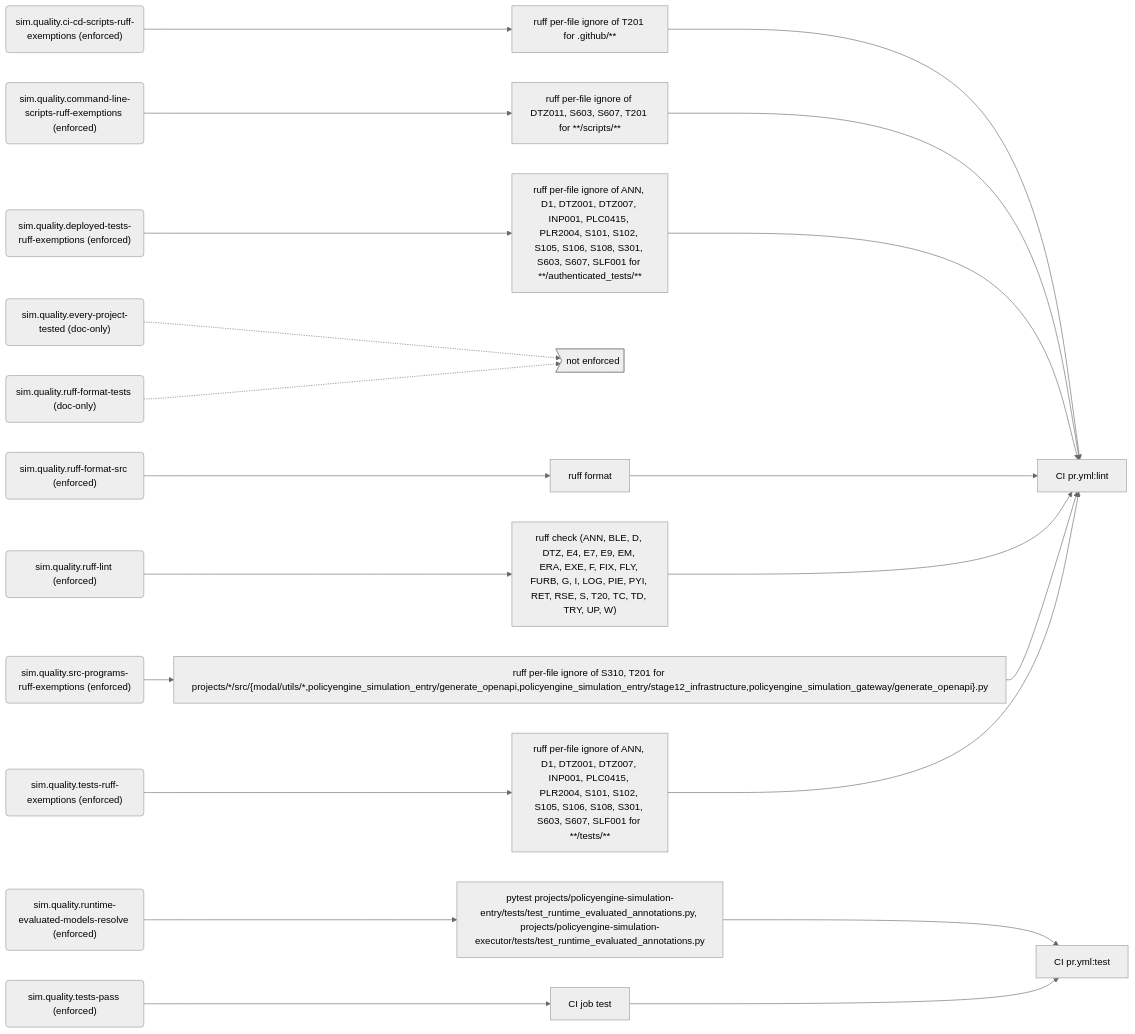
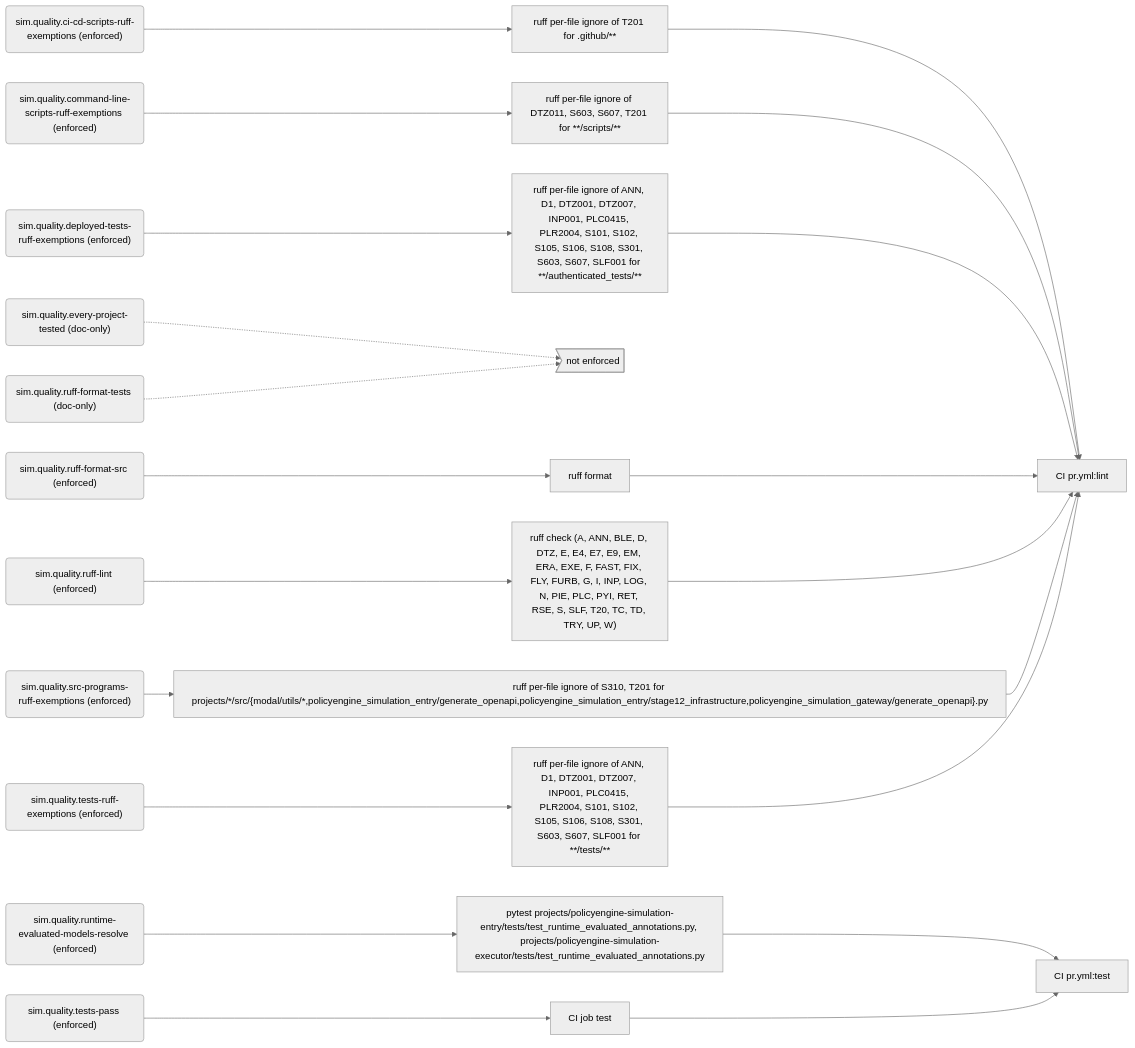
The sixth of 8 diagrams in docs/generated/rules.md (PolicyEngine/policyengine-sim-api), drawn with Mermaid (neutral theme) before and after one commit. The commit also changed other lines of this file and 3 other files, not shown here.

First line of the commit message:
Register group 7 in the ruff-lint rule

````diff
--- a/docs/generated/rules.md
+++ b/docs/generated/rules.md
@@ -261,46 +261,46 @@
 ```mermaid
 flowchart LR
   r_sim_quality_ci_cd_scripts_ruff_exemptions("sim.quality.ci-cd-scripts-ruff-exemptions (enforced)")
   e_ruff_per_file_ignore_of_T201_for__github___["ruff per-file ignore of T201 for .github/**"]
   j_CI_pr_yml_lint["CI pr.yml:lint"]
   r_sim_quality_command_line_scripts_ruff_exemptions("sim.quality.command-line-scripts-ruff-exemptions (enforced)")
   e_ruff_per_file_ignore_of_DTZ011__S603__S607__T201_for____scripts___["ruff per-file ignore of DTZ011, S603, S607, T201 for **/scripts/**"]
   r_sim_quality_deployed_tests_ruff_exemptions("sim.quality.deployed-tests-ruff-exemptions (enforced)")
   e_ruff_per_file_ignore_of_ANN__D1__DTZ001__DTZ007__INP001__PLC0415__PLR2004__S101__S102__S105__S106__S108__S301__S603__S607__SLF001_for____authenticated_tests___["ruff per-file ignore of ANN, D1, DTZ001, DTZ007, INP001, PLC0415, PLR2004, S101, S102, S105, S106, S108, S301, S603, S607, SLF001 for **/authenticated_tests/**"]
   r_sim_quality_every_project_tested("sim.quality.every-project-tested (doc-only)")
   gap_unenforced>"not enforced"]
   r_sim_quality_ruff_format_src("sim.quality.ruff-format-src (enforced)")
   e_ruff_format["ruff format"]
   r_sim_quality_ruff_format_tests("sim.quality.ruff-format-tests (doc-only)")
   r_sim_quality_ruff_lint("sim.quality.ruff-lint (enforced)")
-  e_ruff_check__ANN__BLE__D__DTZ__E4__E7__E9__EM__ERA__EXE__F__FIX__FLY__FURB__G__I__LOG__PIE__PYI__RET__RSE__S__T20__TC__TD__TRY__UP__W_["ruff check (ANN, BLE, D, DTZ, E4, E7, E9, EM, ERA, EXE, F, FIX, FLY, FURB, G, I, LOG, PIE, PYI, RET, RSE, S, T20, TC, TD, TRY, UP, W)"]
+  e_ruff_check__A__ANN__BLE__D__DTZ__E__E4__E7__E9__EM__ERA__EXE__F__FAST__FIX__FLY__FURB__G__I__INP__LOG__N__PIE__PLC__PYI__RET__RSE__S__SLF__T20__TC__TD__TRY__UP__W_["ruff check (A, ANN, BLE, D, DTZ, E, E4, E7, E9, EM, ERA, EXE, F, FAST, FIX, FLY, FURB, G, I, INP, LOG, N, PIE, PLC, PYI, RET, RSE, S, SLF, T20, TC, TD, TRY, UP, W)"]
   r_sim_quality_runtime_evaluated_models_resolve("sim.quality.runtime-evaluated-models-resolve (enforced)")
   e_pytest_projects_policyengine_simulation_entry_tests_test_runtime_evaluated_annotations_py__projects_policyengine_simulation_executor_tests_test_runtime_evaluated_annotations_py["pytest projects/policyengine-simulation-entry/tests/test_runtime_evaluated_annotations.py, projects/policyengine-simulation-executor/tests/test_runtime_evaluated_annotations.py"]
   j_CI_pr_yml_test["CI pr.yml:test"]
   r_sim_quality_src_programs_ruff_exemptions("sim.quality.src-programs-ruff-exemptions (enforced)")
   e_ruff_per_file_ignore_of_S310__T201_for_projects___src__modal_utils___policyengine_simulation_entry_generate_openapi_policyengine_simulation_entry_stage12_infrastructure_policyengine_simulation_gateway_generate_openapi__py["ruff per-file ignore of S310, T201 for projects/*/src/{modal/utils/*,policyengine_simulation_entry/generate_openapi,policyengine_simulation_entry/stage12_infrastructure,policyengine_simulation_gateway/generate_openapi}.py"]
   r_sim_quality_tests_pass("sim.quality.tests-pass (enforced)")
   e_CI_job_test["CI job test"]
   r_sim_quality_tests_ruff_exemptions("sim.quality.tests-ruff-exemptions (enforced)")
   e_ruff_per_file_ignore_of_ANN__D1__DTZ001__DTZ007__INP001__PLC0415__PLR2004__S101__S102__S105__S106__S108__S301__S603__S607__SLF001_for____tests___["ruff per-file ignore of ANN, D1, DTZ001, DTZ007, INP001, PLC0415, PLR2004, S101, S102, S105, S106, S108, S301, S603, S607, SLF001 for **/tests/**"]
   r_sim_quality_ci_cd_scripts_ruff_exemptions --> e_ruff_per_file_ignore_of_T201_for__github___
   e_ruff_per_file_ignore_of_T201_for__github___ --> j_CI_pr_yml_lint
   r_sim_quality_command_line_scripts_ruff_exemptions --> e_ruff_per_file_ignore_of_DTZ011__S603__S607__T201_for____scripts___
   e_ruff_per_file_ignore_of_DTZ011__S603__S607__T201_for____scripts___ --> j_CI_pr_yml_lint
   r_sim_quality_deployed_tests_ruff_exemptions --> e_ruff_per_file_ignore_of_ANN__D1__DTZ001__DTZ007__INP001__PLC0415__PLR2004__S101__S102__S105__S106__S108__S301__S603__S607__SLF001_for____authenticated_tests___
   e_ruff_per_file_ignore_of_ANN__D1__DTZ001__DTZ007__INP001__PLC0415__PLR2004__S101__S102__S105__S106__S108__S301__S603__S607__SLF001_for____authenticated_tests___ --> j_CI_pr_yml_lint
   r_sim_quality_every_project_tested -.-> gap_unenforced
   r_sim_quality_ruff_format_src --> e_ruff_format
   e_ruff_format --> j_CI_pr_yml_lint
   r_sim_quality_ruff_format_tests -.-> gap_unenforced
-  r_sim_quality_ruff_lint --> e_ruff_check__ANN__BLE__D__DTZ__E4__E7__E9__EM__ERA__EXE__F__FIX__FLY__FURB__G__I__LOG__PIE__PYI__RET__RSE__S__T20__TC__TD__TRY__UP__W_
-  e_ruff_check__ANN__BLE__D__DTZ__E4__E7__E9__EM__ERA__EXE__F__FIX__FLY__FURB__G__I__LOG__PIE__PYI__RET__RSE__S__T20__TC__TD__TRY__UP__W_ --> j_CI_pr_yml_lint
+  r_sim_quality_ruff_lint --> e_ruff_check__A__ANN__BLE__D__DTZ__E__E4__E7__E9__EM__ERA__EXE__F__FAST__FIX__FLY__FURB__G__I__INP__LOG__N__PIE__PLC__PYI__RET__RSE__S__SLF__T20__TC__TD__TRY__UP__W_
+  e_ruff_check__A__ANN__BLE__D__DTZ__E__E4__E7__E9__EM__ERA__EXE__F__FAST__FIX__FLY__FURB__G__I__INP__LOG__N__PIE__PLC__PYI__RET__RSE__S__SLF__T20__TC__TD__TRY__UP__W_ --> j_CI_pr_yml_lint
   r_sim_quality_runtime_evaluated_models_resolve --> e_pytest_projects_policyengine_simulation_entry_tests_test_runtime_evaluated_annotations_py__projects_policyengine_simulation_executor_tests_test_runtime_evaluated_annotations_py
   e_pytest_projects_policyengine_simulation_entry_tests_test_runtime_evaluated_annotations_py__projects_policyengine_simulation_executor_tests_test_runtime_evaluated_annotations_py --> j_CI_pr_yml_test
   r_sim_quality_src_programs_ruff_exemptions --> e_ruff_per_file_ignore_of_S310__T201_for_projects___src__modal_utils___policyengine_simulation_entry_generate_openapi_policyengine_simulation_entry_stage12_infrastructure_policyengine_simulation_gateway_generate_openapi__py
   e_ruff_per_file_ignore_of_S310__T201_for_projects___src__modal_utils___policyengine_simulation_entry_generate_openapi_policyengine_simulation_entry_stage12_infrastructure_policyengine_simulation_gateway_generate_openapi__py --> j_CI_pr_yml_lint
   r_sim_quality_tests_pass --> e_CI_job_test
   e_CI_job_test --> j_CI_pr_yml_test
   r_sim_quality_tests_ruff_exemptions --> e_ruff_per_file_ignore_of_ANN__D1__DTZ001__DTZ007__INP001__PLC0415__PLR2004__S101__S102__S105__S106__S108__S301__S603__S607__SLF001_for____tests___
   e_ruff_per_file_ignore_of_ANN__D1__DTZ001__DTZ007__INP001__PLC0415__PLR2004__S101__S102__S105__S106__S108__S301__S603__S607__SLF001_for____tests___ --> j_CI_pr_yml_lint
 ```
````
